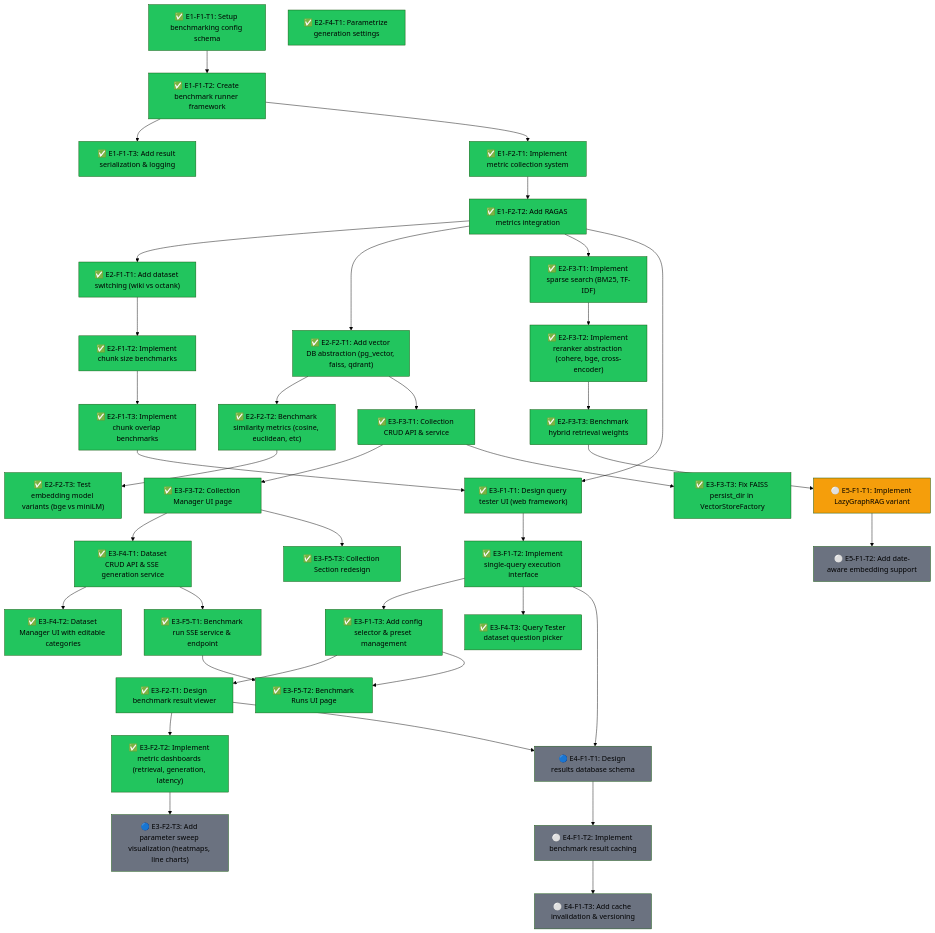
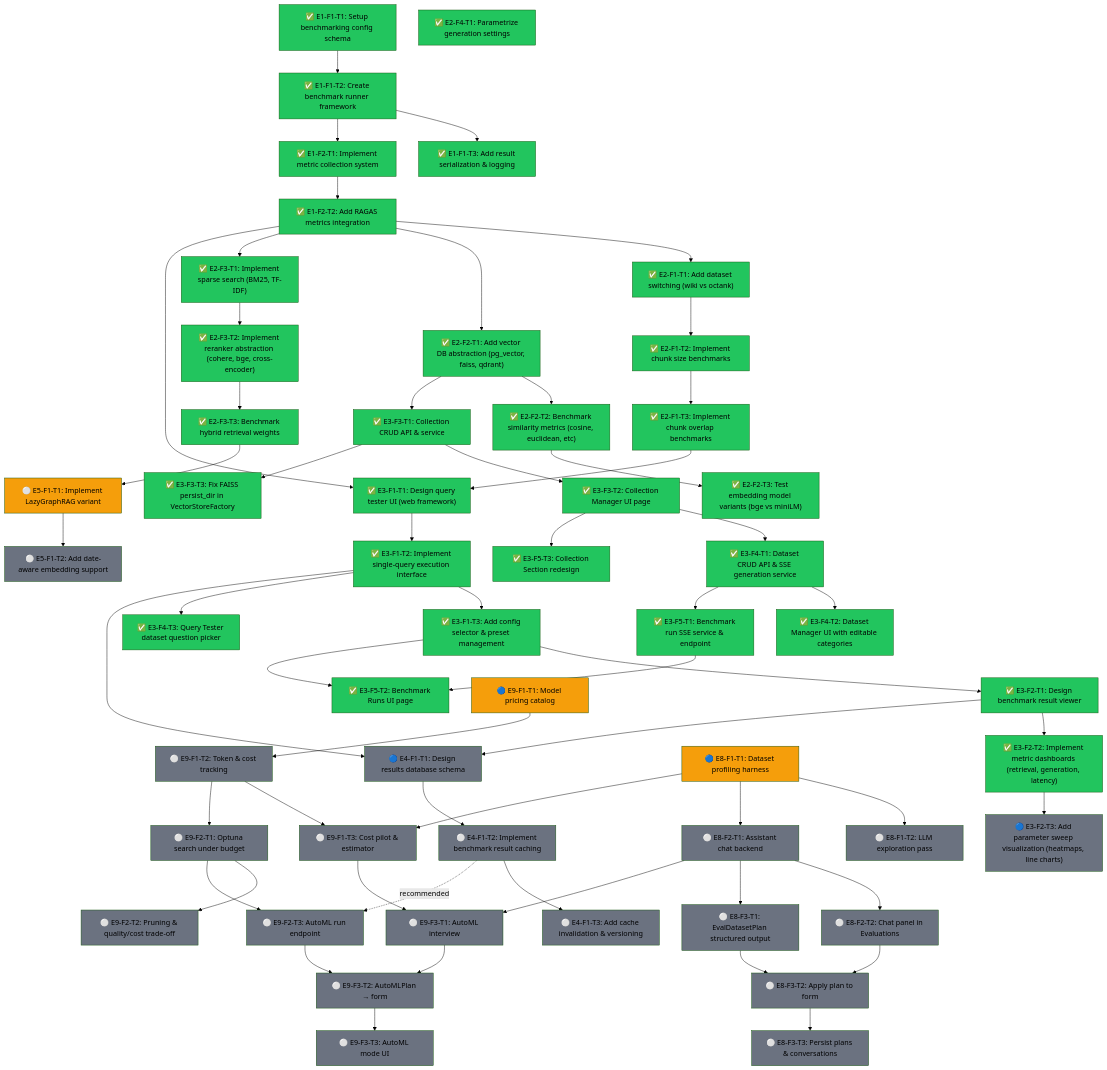
Before and after one commit to Vutiot/EvenementsRAG: the diagram in ROADMAP.md, drawn with Mermaid (forest theme). The commit also changed other lines of this file, not shown here.

First line of the commit message:
docs(roadmap): add E8 eval dataset assistant and E9 budget-aware AutoML assistant

````diff
--- a/ROADMAP.md
+++ b/ROADMAP.md
@@ -103,6 +103,45 @@
   E2F3T3 --> E5F1T1
   E5F1T1 --> E5F1T2
 
+  E8F1T1["🔵 E8-F1-T1: Dataset profiling harness"]
+  E8F1T2["⚪ E8-F1-T2: LLM exploration pass"]
+  E8F2T1["⚪ E8-F2-T1: Assistant chat backend"]
+  E8F2T2["⚪ E8-F2-T2: Chat panel in Evaluations"]
+  E8F3T1["⚪ E8-F3-T1: EvalDatasetPlan structured output"]
+  E8F3T2["⚪ E8-F3-T2: Apply plan to form"]
+  E8F3T3["⚪ E8-F3-T3: Persist plans & conversations"]
+
+  E9F1T1["🔵 E9-F1-T1: Model pricing catalog"]
+  E9F1T2["⚪ E9-F1-T2: Token & cost tracking"]
+  E9F1T3["⚪ E9-F1-T3: Cost pilot & estimator"]
+  E9F2T1["⚪ E9-F2-T1: Optuna search under budget"]
+  E9F2T2["⚪ E9-F2-T2: Pruning & quality/cost trade-off"]
+  E9F2T3["⚪ E9-F2-T3: AutoML run endpoint"]
+  E9F3T1["⚪ E9-F3-T1: AutoML interview"]
+  E9F3T2["⚪ E9-F3-T2: AutoMLPlan → form"]
+  E9F3T3["⚪ E9-F3-T3: AutoML mode UI"]
+
+  E8F1T1 --> E8F1T2
+  E8F1T1 --> E8F2T1
+  E8F2T1 --> E8F2T2
+  E8F2T1 --> E8F3T1
+  E8F3T1 --> E8F3T2
+  E8F2T2 --> E8F3T2
+  E8F3T2 --> E8F3T3
+
+  E9F1T1 --> E9F1T2
+  E9F1T2 --> E9F1T3
+  E8F1T1 --> E9F1T3
+  E9F1T2 --> E9F2T1
+  E9F2T1 --> E9F2T2
+  E9F2T1 --> E9F2T3
+  E8F2T1 --> E9F3T1
+  E9F1T3 --> E9F3T1
+  E9F3T1 --> E9F3T2
+  E9F2T3 --> E9F3T2
+  E9F3T2 --> E9F3T3
+  E4F1T2 -.->|recommended| E9F2T3
+
   style E1F1T1 fill:#22c55e
   style E1F1T2 fill:#22c55e
   style E1F1T3 fill:#22c55e
@@ -138,4 +177,20 @@
   style E4F1T3 fill:#6b7280
   style E5F1T1 fill:#f59e0b
   style E5F1T2 fill:#6b7280
+  style E8F1T1 fill:#f59e0b
+  style E8F1T2 fill:#6b7280
+  style E8F2T1 fill:#6b7280
+  style E8F2T2 fill:#6b7280
+  style E8F3T1 fill:#6b7280
+  style E8F3T2 fill:#6b7280
+  style E8F3T3 fill:#6b7280
+  style E9F1T1 fill:#f59e0b
+  style E9F1T2 fill:#6b7280
+  style E9F1T3 fill:#6b7280
+  style E9F2T1 fill:#6b7280
+  style E9F2T2 fill:#6b7280
+  style E9F2T3 fill:#6b7280
+  style E9F3T1 fill:#6b7280
+  style E9F3T2 fill:#6b7280
+  style E9F3T3 fill:#6b7280
 ```
````
